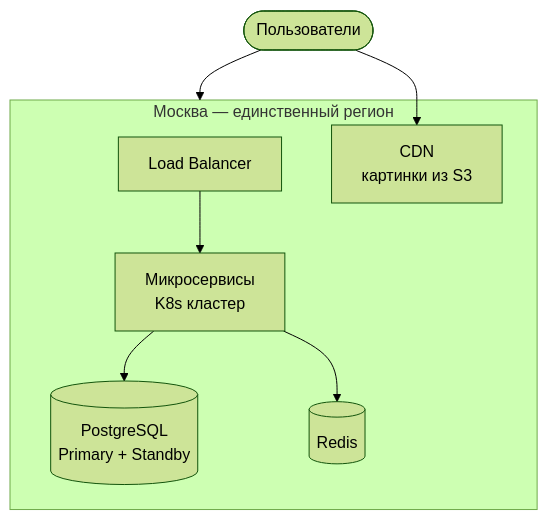
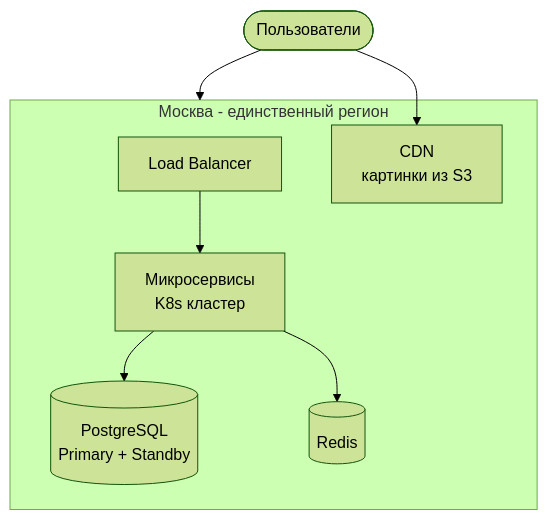
Before and after one commit to anishchenkoivan/jet-meal: the third of 8 diagrams in docs/02_operations.md, drawn with Mermaid (forest theme). The commit also changed other lines of this file, not shown here.

````diff
--- a/docs/02_operations.md
+++ b/docs/02_operations.md
@@ -114,17 +111,17 @@
 ```mermaid
 flowchart TD
     U([Пользователи]) --> DC
 
-    subgraph DC[Москва — единственный регион]
+    subgraph DC[Москва - единственный регион]
         LB[Load Balancer]
         APP[Микросервисы\nK8s кластер]
         PG[(PostgreSQL\nPrimary + Standby)]
         RD[(Redis)]
         CDN[CDN\nкартинки из S3]
 
         LB --> APP
         APP --> PG & RD
     end
 
     U --> CDN
 ```
````
